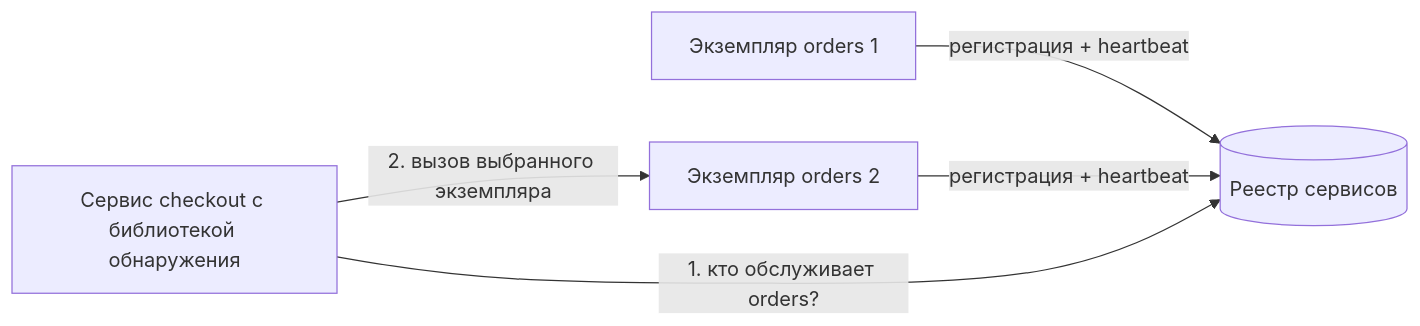
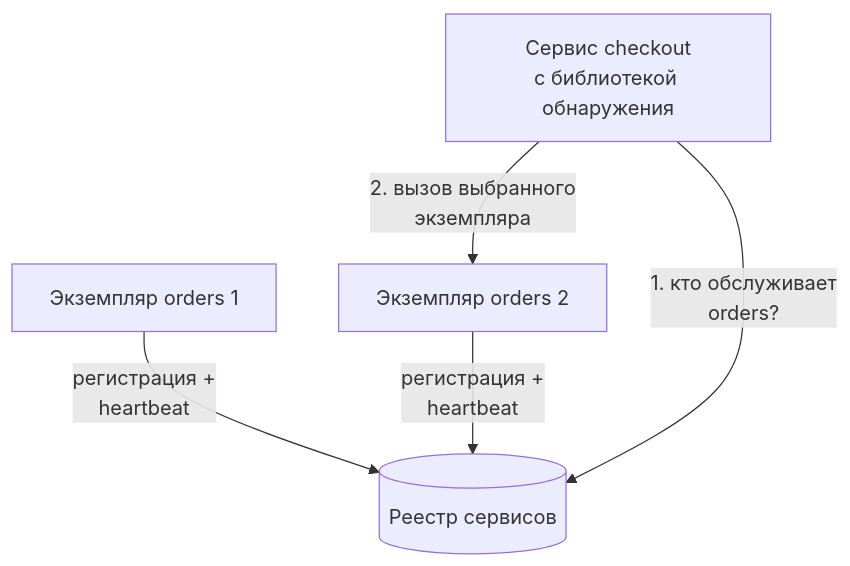
One commit to butyavk/system-design changed the first of 3 diagrams in src/content/docs/ru/architecture/service-discovery-and-mesh.mdx. Above: the diagram before and after it, drawn with Mermaid. The commit also changed other lines of this file and 144 other files, not shown here.

````diff
--- a/src/content/docs/ru/architecture/service-discovery-and-mesh.mdx
+++ b/src/content/docs/ru/architecture/service-discovery-and-mesh.mdx
@@ -29,7 +29,7 @@
 ```mermaid
-flowchart LR
-  inst1["Экземпляр orders 1"] -->|"регистрация + heartbeat"| reg[("Реестр сервисов")]
-  inst2["Экземпляр orders 2"] -->|"регистрация + heartbeat"| reg
-  client["Сервис checkout с библиотекой обнаружения"] -->|"1. кто обслуживает orders?"| reg
-  client -->|"2. вызов выбранного экземпляра"| inst2
+flowchart TB
+  inst1["Экземпляр orders 1"] -->|"регистрация +<br/>heartbeat"| reg[("Реестр сервисов")]
+  inst2["Экземпляр orders 2"] -->|"регистрация +<br/>heartbeat"| reg
+  client["Сервис checkout<br/>с библиотекой обнаружения"] -->|"1. кто обслуживает<br/>orders?"| reg
+  client -->|"2. вызов выбранного<br/>экземпляра"| inst2
 ```
````
